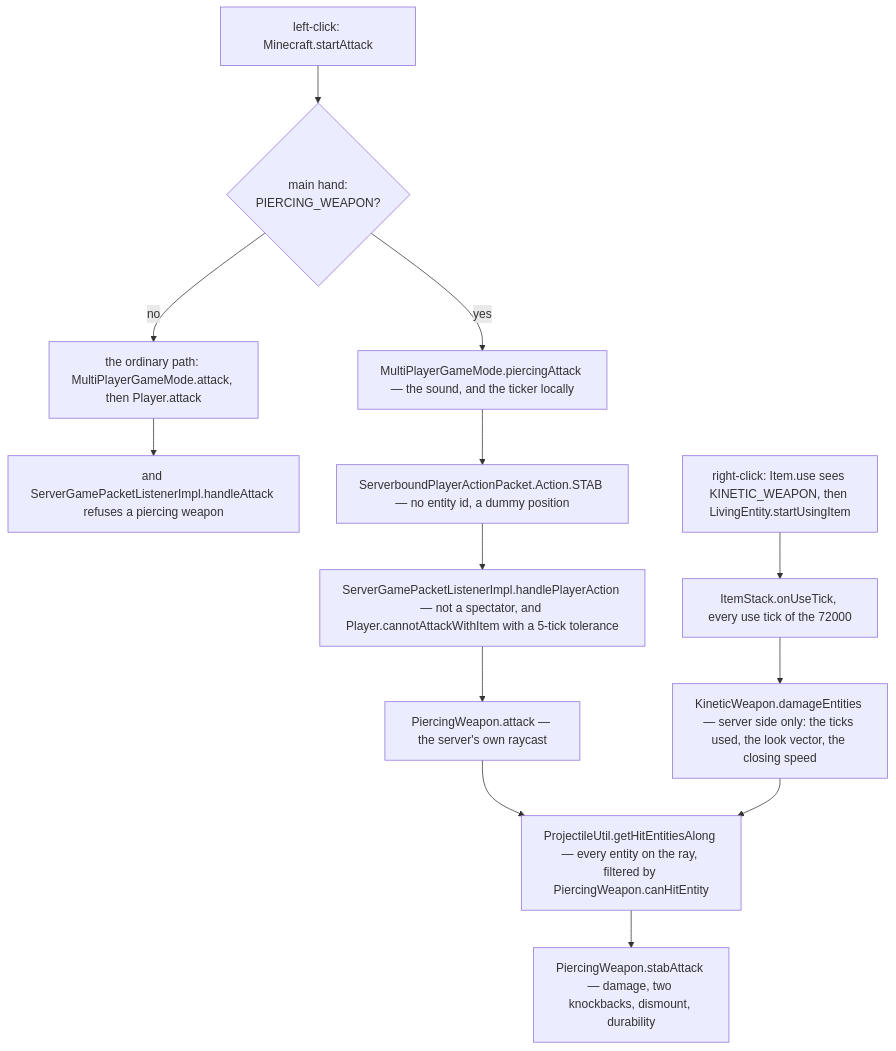
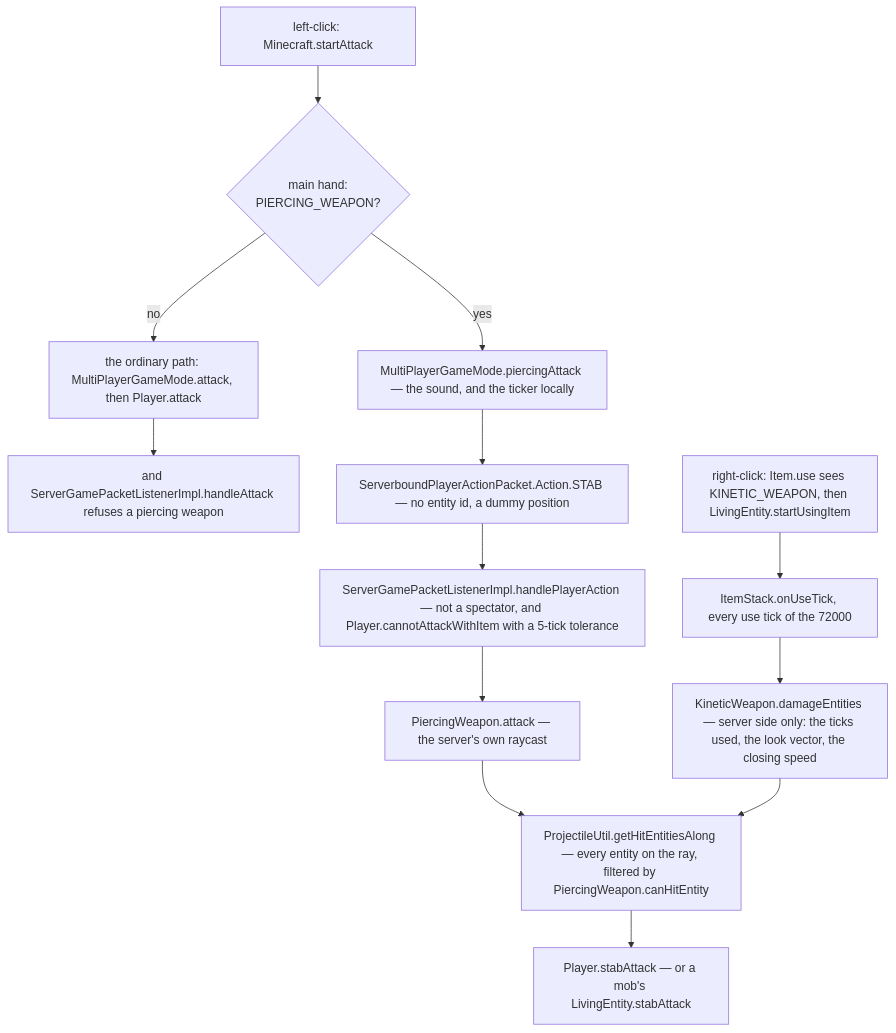
The diagram in src/systems/player/the-spear.md (AlexanderjFraser/MinecraftDocs), drawn with Mermaid before and after one commit. The commit also changed other lines of this file and 16 other files, not shown here.

````diff
--- a/src/systems/player/the-spear.md
+++ b/src/systems/player/the-spear.md
@@ -75,28 +77,28 @@
 ```mermaid
 flowchart TD
     CLICK["left-click: Minecraft.startAttack"]
     HAS{"main hand:<br/>PIERCING_WEAPON?"}
     NORMAL["the ordinary path: MultiPlayerGameMode.attack, then Player.attack"]
     REFUSE["and ServerGamePacketListenerImpl.handleAttack refuses a piercing weapon"]
     PA["MultiPlayerGameMode.piercingAttack — the sound, and the ticker locally"]
     PKT["ServerboundPlayerActionPacket.Action.STAB — no entity id, a dummy position"]
     SGPL["ServerGamePacketListenerImpl.handlePlayerAction — not a spectator, and Player.cannotAttackWithItem with a 5-tick tolerance"]
     PW["PiercingWeapon.attack — the server's own raycast"]
     USE["right-click: Item.use sees KINETIC_WEAPON, then LivingEntity.startUsingItem"]
     TICK["ItemStack.onUseTick, every use tick of the 72000"]
     KW["KineticWeapon.damageEntities — server side only: the ticks used, the look vector, the closing speed"]
     RAY["ProjectileUtil.getHitEntitiesAlong — every entity on the ray, filtered by PiercingWeapon.canHitEntity"]
-    STAB["PiercingWeapon.stabAttack — damage, two knockbacks, dismount, durability"]
+    STAB["Player.stabAttack — or a mob's LivingEntity.stabAttack"]
     CLICK --> HAS
     HAS -- "no" --> NORMAL
     NORMAL --> REFUSE
     HAS -- "yes" --> PA
     PA --> PKT
     PKT --> SGPL
     SGPL --> PW
     USE --> TICK
     TICK --> KW
     PW --> RAY
     KW --> RAY
     RAY --> STAB
 ```
````
